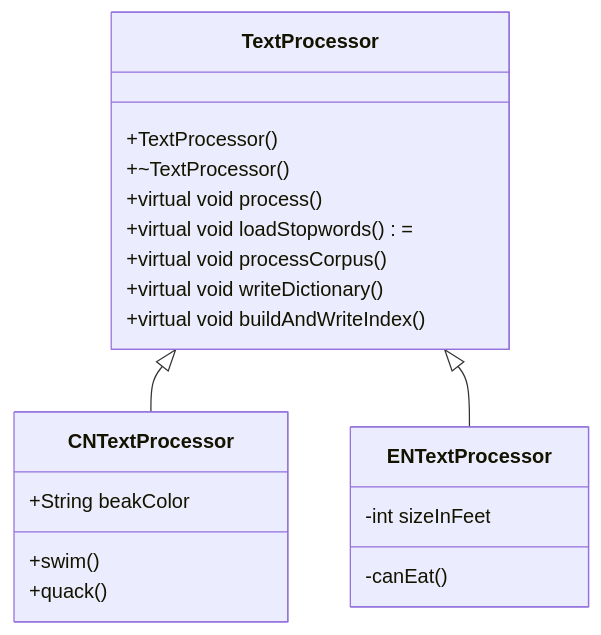
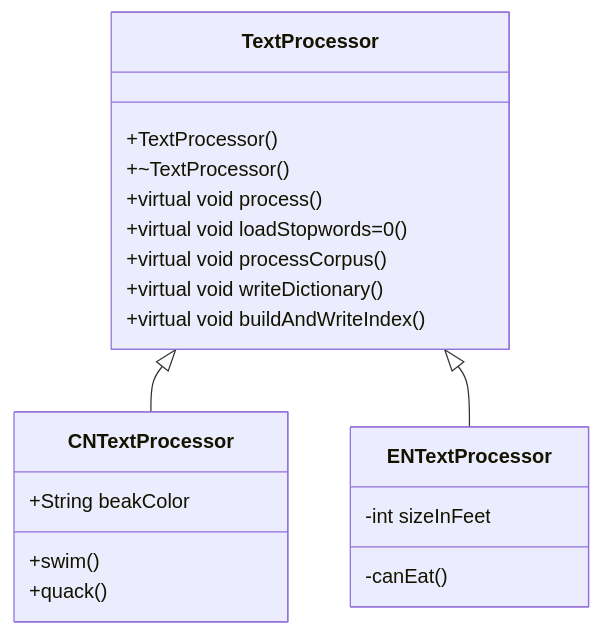
Before and after one commit to Jason-DancingBoy/iodraw-files: the diagram in all/未命名.md, drawn with Mermaid.

Commit message:
2026-01-02 20:36:44 update

````diff
--- a/all/未命名.md
+++ b/all/未命名.md
@@ -1,22 +1,22 @@
 ```mermaid
 classDiagram
     TextProcessor <|-- CNTextProcessor
     TextProcessor <|-- ENTextProcessor
     TextProcessor: +TextProcessor()
     TextProcessor: +~TextProcessor()
     TextProcessor: +virtual void process()
-    TextProcessor: +virtual void loadStopwords()=
+    TextProcessor: +virtual void loadStopwords=0()
     TextProcessor: +virtual void processCorpus()
     TextProcessor: +virtual void writeDictionary()
     TextProcessor: +virtual void buildAndWriteIndex()
     class CNTextProcessor{
       +String beakColor
       +swim()
       +quack()
     }
     class ENTextProcessor{
       -int sizeInFeet
       -canEat()
     }
             
 ```
````
